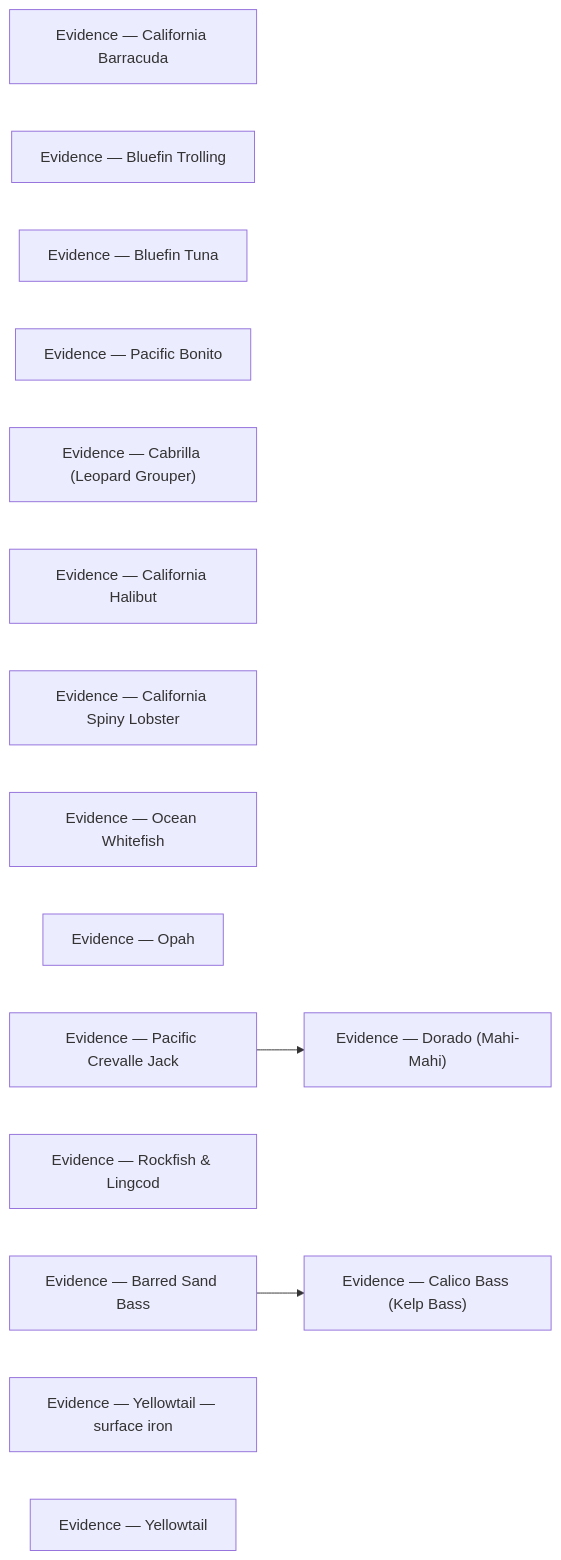
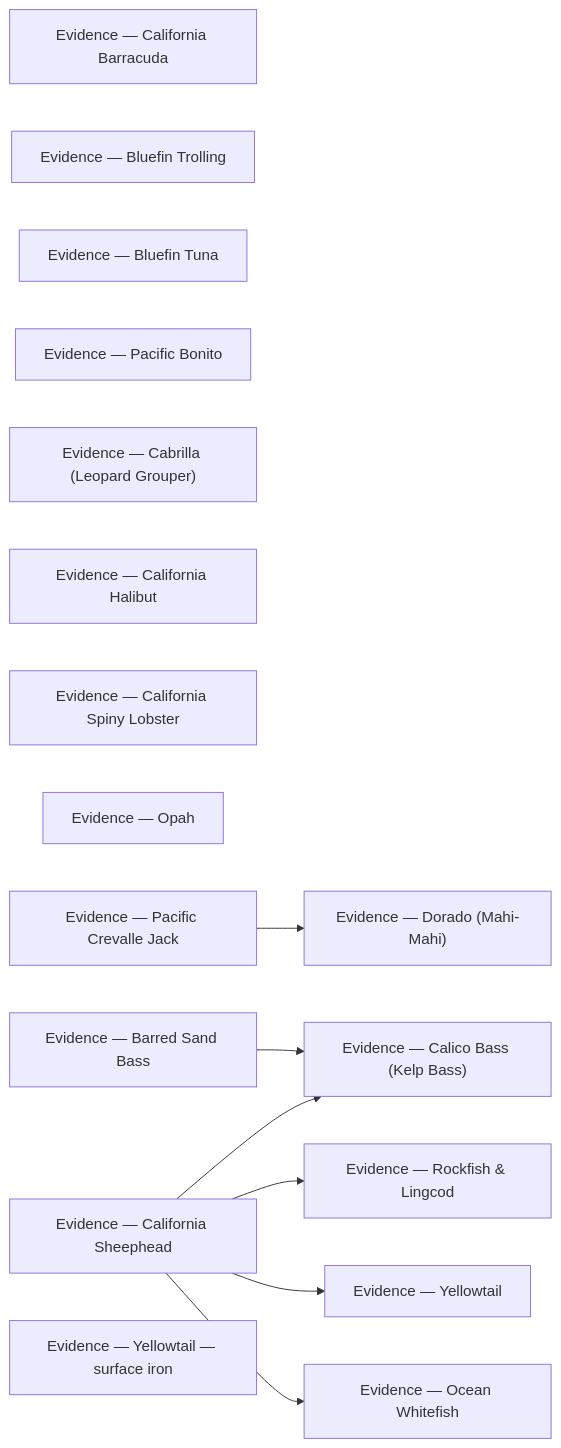
The diagram in species/evidence/README.md (camchuckpete-max/Socal-Fishing-Knowledge), drawn with Mermaid before and after one commit. The commit also changed other lines of this file and 29 other files, not shown here.

````diff
--- a/species/evidence/README.md
+++ b/species/evidence/README.md
@@ -29,21 +30,26 @@
 ```mermaid
 graph LR
   n0["Evidence — California Barracuda"]
   n1["Evidence — Bluefin Trolling"]
   n2["Evidence — Bluefin Tuna"]
   n3["Evidence — Pacific Bonito"]
   n4["Evidence — Cabrilla (Leopard Grouper)"]
   n5["Evidence — Calico Bass (Kelp Bass)"]
   n6["Evidence — California Halibut"]
   n7["Evidence — California Spiny Lobster"]
   n8["Evidence — Dorado (Mahi-Mahi)"]
   n9["Evidence — Ocean Whitefish"]
   n10["Evidence — Opah"]
   n11["Evidence — Pacific Crevalle Jack"]
   n12["Evidence — Rockfish & Lingcod"]
   n13["Evidence — Barred Sand Bass"]
-  n14["Evidence — Yellowtail — surface iron"]
-  n15["Evidence — Yellowtail"]
+  n14["Evidence — California Sheephead"]
+  n15["Evidence — Yellowtail — surface iron"]
+  n16["Evidence — Yellowtail"]
   n11 --> n8
   n13 --> n5
+  n14 --> n12
+  n14 --> n16
+  n14 --> n5
+  n14 --> n9
 ```
````
